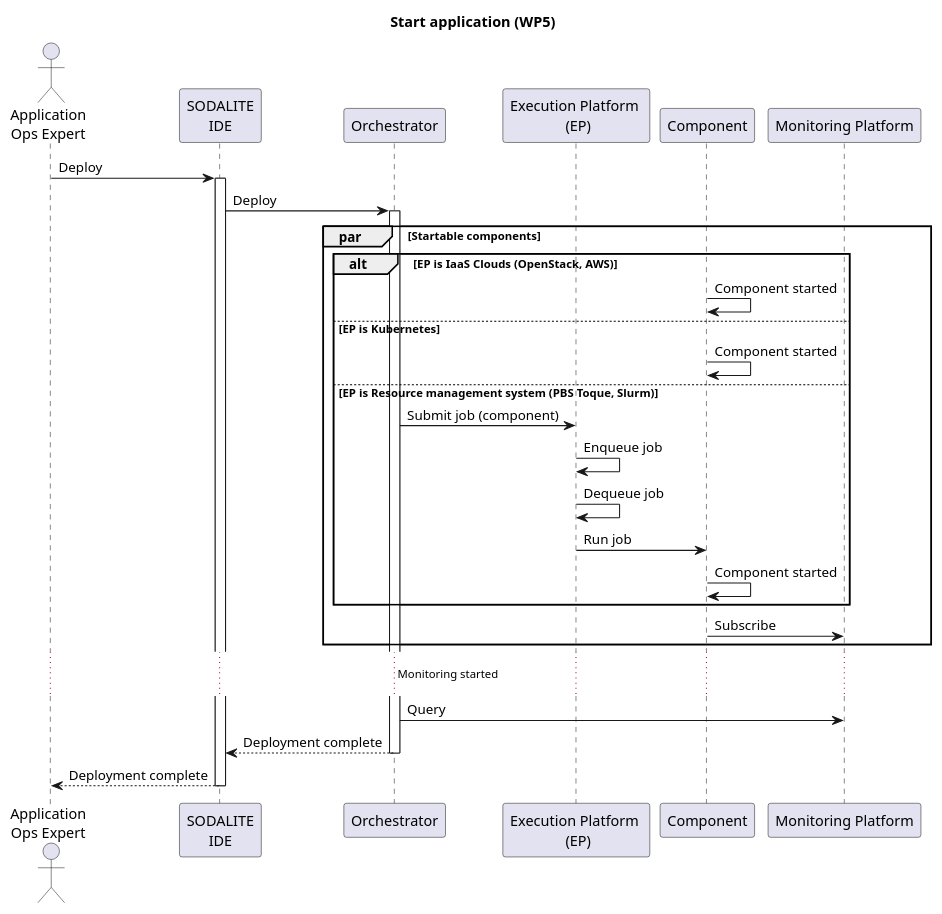
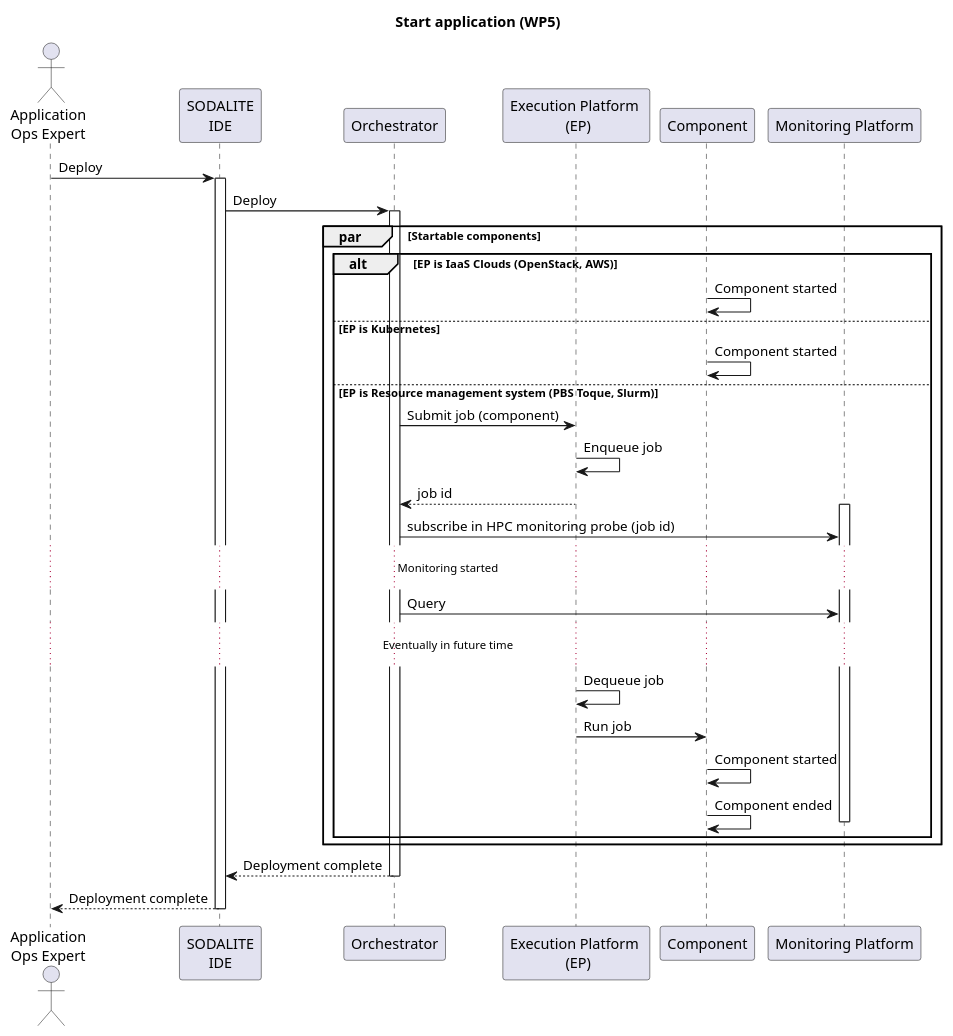
One commit to SODALITE-EU/project-wide-documentation changed the diagram in uml/sequence-diagrams/UC-07-StartApplication-WP5.puml. Above: the diagram before and after it, drawn with PlantUML. The commit also changed 6 other files, not shown here.

Commit message:
WP5 architecture and related UC updates from Atos

```diff
--- a/uml/sequence-diagrams/UC-07-StartApplication-WP5.puml
+++ b/uml/sequence-diagrams/UC-07-StartApplication-WP5.puml
@@ -1,40 +1,47 @@
 @startuml
 
 title Start application (WP5)
 
 actor "Application\nOps Expert" as ops
 participant "SODALITE\nIDE" as ide
 participant  Orchestrator as orch
 participant "Execution Platform \n (EP)" as res
 participant "Component" as lre
 participant "Monitoring Platform" as mon
 
 ops->ide: Deploy
 activate ide
 ide->orch: Deploy
 activate orch
 
 par Startable components
   alt EP is IaaS Clouds (OpenStack, AWS)
     lre->lre: Component started
   else EP is Kubernetes
     lre->lre: Component started
   else  EP is Resource management system (PBS Toque, Slurm)
     orch->res: Submit job (component)
     res->res: Enqueue job
-    res->res: Dequeue job 
+    orch<--res: job id
+    activate mon
+    orch->mon: subscribe in HPC monitoring probe (job id)
+    ...Monitoring started...
+    orch->mon: Query
+    ... Eventually in future time ...
+    res->res: Dequeue job
     res->lre: Run job
     lre->lre: Component started
+    lre->lre: Component ended
+    deactivate mon
   end
-  lre->mon: Subscribe
+
 end
 
-...Monitoring started...
-orch->mon: Query
+
 
 orch-->ide: Deployment complete
 deactivate orch
 ide-->ops: Deployment complete
 deactivate ide
 
 @enduml
```
